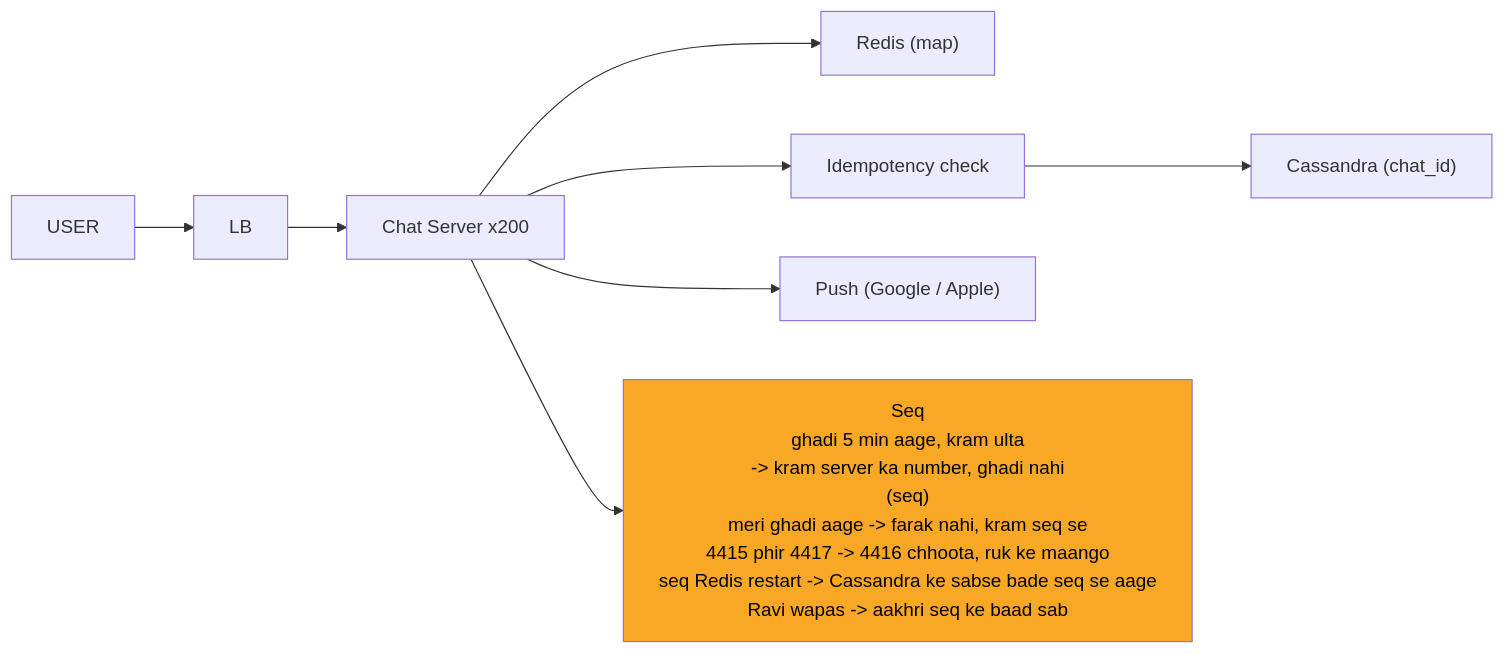
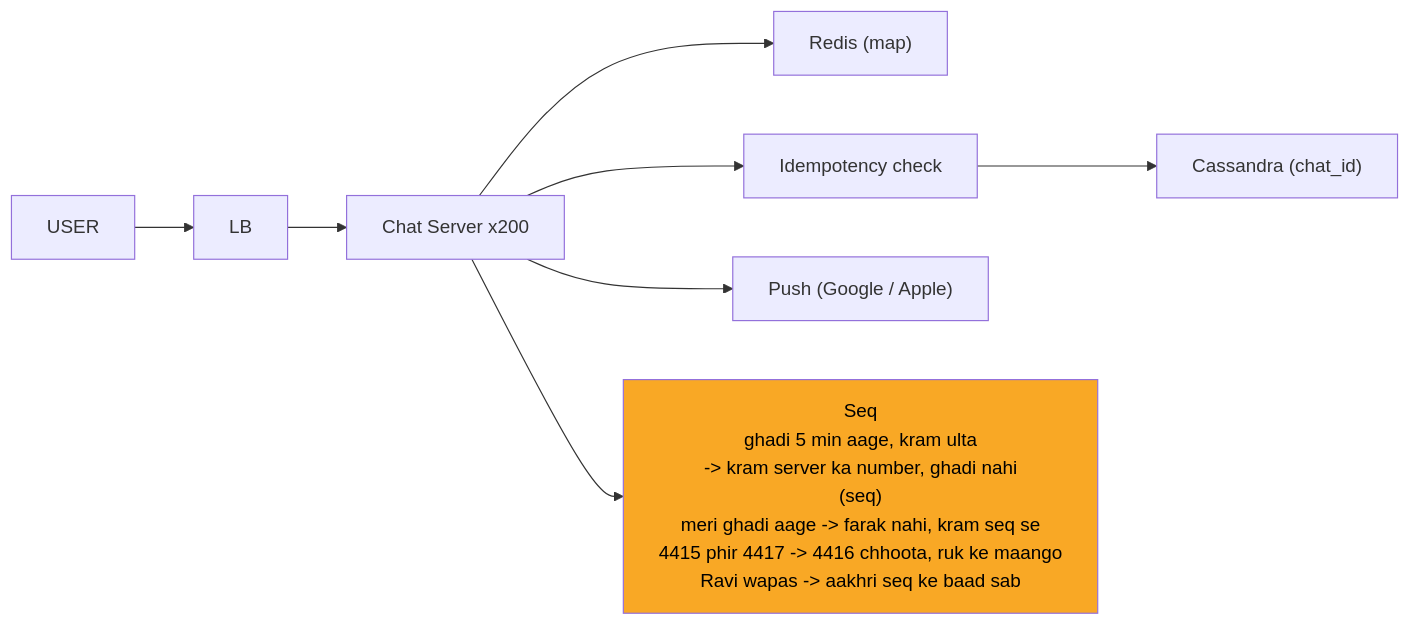
The seventh of 12 diagrams in 04_HLD/SYSTEM_DESIGNS/14_chat_messaging/14_chat_messaging.md (ArpanMaheshwari144/Prep), drawn with Mermaid before and after one commit. The commit also changed other lines of this file and 13 other files, not shown here.

````diff
--- a/04_HLD/SYSTEM_DESIGNS/14_chat_messaging/14_chat_messaging.md
+++ b/04_HLD/SYSTEM_DESIGNS/14_chat_messaging/14_chat_messaging.md
@@ -299,20 +299,20 @@
 ```mermaid
 %%{init: {"flowchart": {"wrappingWidth": 450}}}%%
 flowchart LR
     n_U["USER"]
     n_LB["LB"]
     n_CS["Chat Server x200"]
     n_R["Redis (map)"]
     n_I["Idempotency check"]
     n_CA["Cassandra (chat_id)"]
     n_P["Push (Google / Apple)"]
-    n_SQ["Seq<br/>ghadi 5 min aage, kram ulta<br/>-> kram server ka number, ghadi nahi<br/>(seq)<br/>meri ghadi aage -> farak nahi, kram seq se<br/>4415 phir 4417 -> 4416 chhoota, ruk ke maango<br/>seq Redis restart -> Cassandra ke sabse bade seq se aage<br/>Ravi wapas -> aakhri seq ke baad sab"]
+    n_SQ["Seq<br/>ghadi 5 min aage, kram ulta<br/>-> kram server ka number, ghadi nahi<br/>(seq)<br/>meri ghadi aage -> farak nahi, kram seq se<br/>4415 phir 4417 -> 4416 chhoota, ruk ke maango<br/>Ravi wapas -> aakhri seq ke baad sab"]
     n_U --> n_LB
     n_LB --> n_CS
     n_CS --> n_R
     n_CS --> n_I
     n_I --> n_CA
     n_CS --> n_P
     n_CS --> n_SQ
     style n_SQ fill:#f9a825,color:#000
 ```
````
